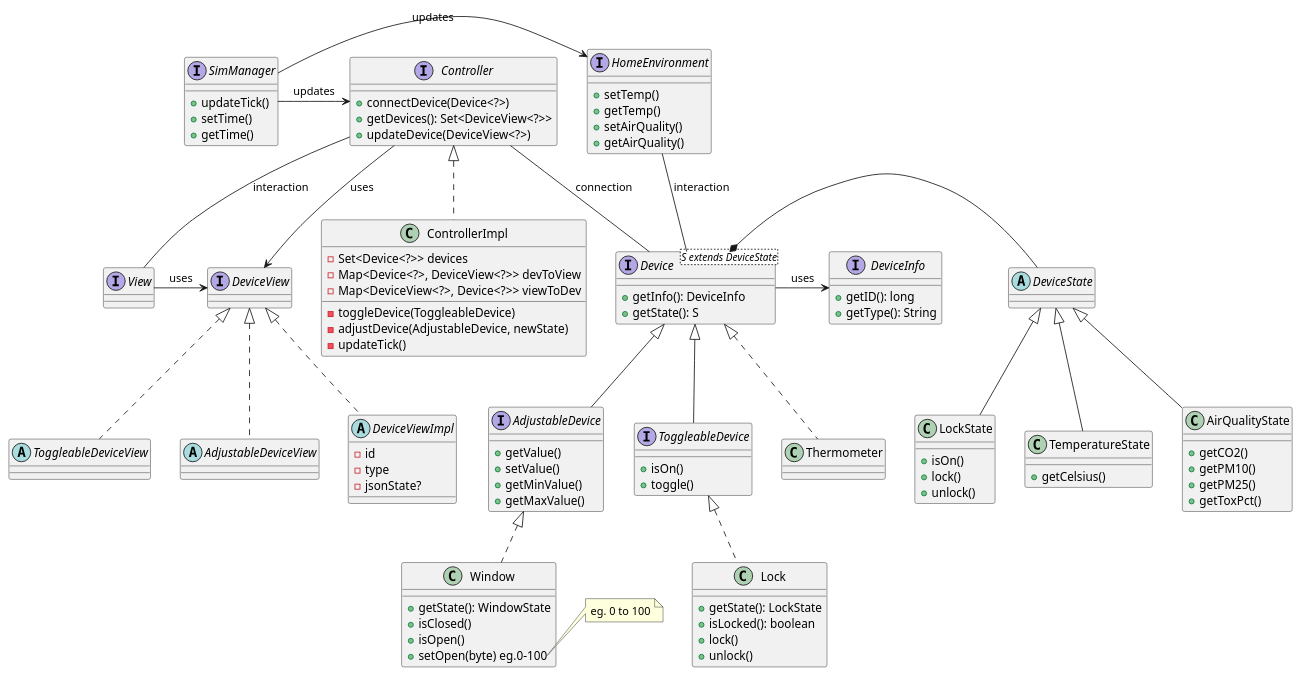
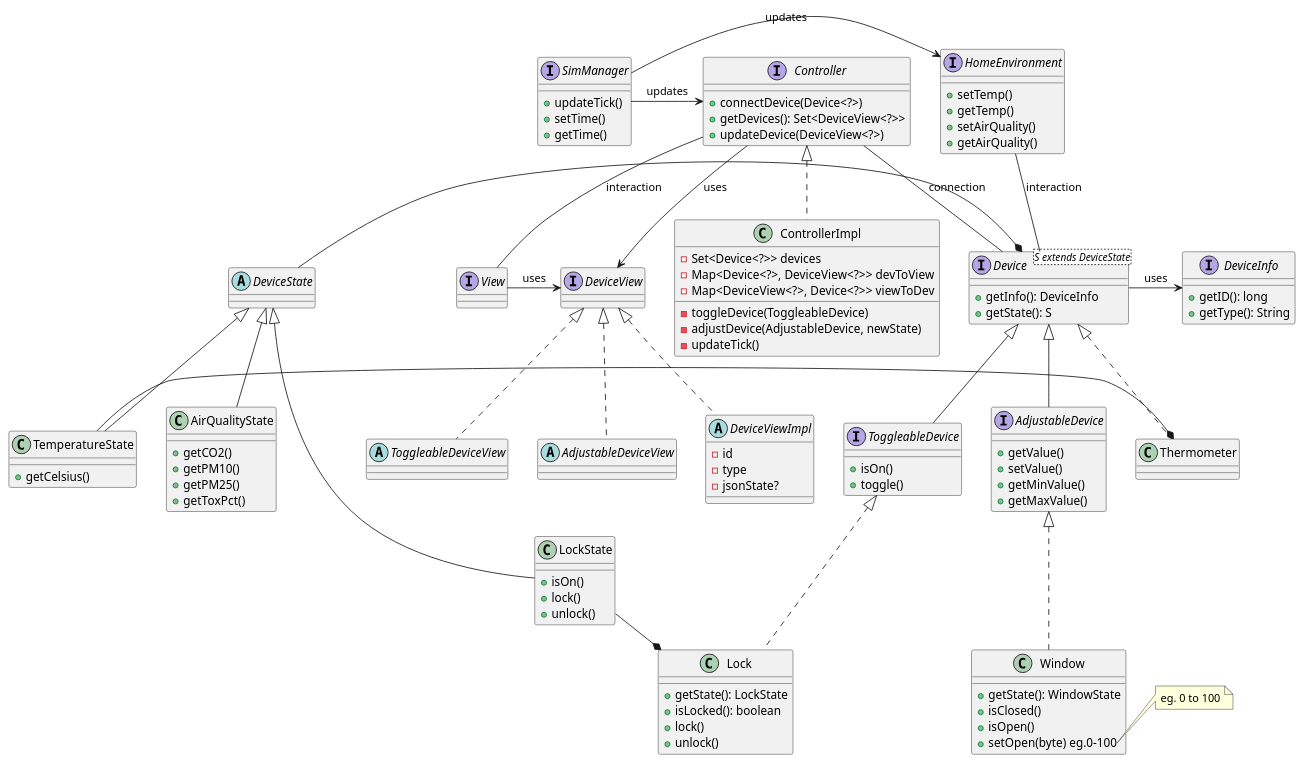
Before and after one commit to progetto-oop-22-23/OOP-report: the diagram in uml/wip2.plantuml, drawn with PlantUML.

Commit message:
[uml] add states composition link to devices

```diff
--- a/uml/wip2.plantuml
+++ b/uml/wip2.plantuml
@@ -1,128 +1,131 @@
 @startuml
 
 /' MODEL '/
 
 interface SimManager {
 	+ updateTick()
 	+ setTime()
 	+ getTime()
 }
 
 interface Controller {
 	+ connectDevice(Device<?>)
 	+ getDevices(): Set<DeviceView<?>>
 	+ updateDevice(DeviceView<?>)
 }
 
 class ControllerImpl implements Controller {
 	- Set<Device<?>> devices
 	- Map<Device<?>, DeviceView<?>> devToView
 	- Map<DeviceView<?>, Device<?>> viewToDev
 	- toggleDevice(ToggleableDevice)
 	- adjustDevice(AdjustableDevice, newState)
 	- updateTick()
 }
 
 interface Device<S extends DeviceState> {
 	+ getInfo(): DeviceInfo
 	+ getState(): S
 }
 
 interface ToggleableDevice implements Device {
 	+ isOn()
 	+ toggle()
 }
 
 interface AdjustableDevice implements Device {
 	+ getValue()
 	+ setValue()
 	+ getMinValue()
 	+ getMaxValue()
 }
 
 interface DeviceInfo {
 	+ getID(): long
 	+ getType(): String
 }
 
 abstract class DeviceState {}
 
 class LockState extends DeviceState {
 	+ isOn()
 	+ lock()
 	+ unlock()
 }
 
 class TemperatureState extends DeviceState {
 	+ getCelsius()
 }
 
 class AirQualityState extends DeviceState {
 	+ getCO2()
 	+ getPM10()
 	+ getPM25()
 	+ getToxPct()
 }
 
 class Lock implements ToggleableDevice {
 	+ getState(): LockState
 	+ isLocked(): boolean
 	+ lock()
 	+ unlock()
 }
 
 class Thermometer implements Device {}
 
 class Window implements AdjustableDevice {
 	+ getState(): WindowState
 	+ isClosed()
 	+ isOpen()
 	+ setOpen(byte) eg.0-100
 }
 note right of Window::setOpen
 eg. 0 to 100
 end note
 
 /' VIEW '/
 
 interface DeviceView {
 
 }
 
 abstract class ToggleableDeviceView implements DeviceView {}
 abstract class AdjustableDeviceView implements DeviceView {}
 
 abstract class DeviceViewImpl implements DeviceView {
 	- id
 	- type
 	- jsonState?
 }
 
 interface View {}
 
 /' LINKS '/
 
 SimManager -> Controller: updates
 SimManager -> HomeEnvironment: updates
 
 Controller -- Device: connection
 Device -> DeviceInfo: uses
 Controller -> DeviceView: uses
 Controller -- View: interaction
 View -> DeviceView: uses
 
 'LockState -* Device
 'TempState -* Device
 'AirQualityState -* Device
 DeviceState -* Device
 
+LockState -* Lock
+TemperatureState -* Thermometer
+
 interface HomeEnvironment {
 	+ setTemp()
 	+ getTemp()
 	+ setAirQuality()
 	+ getAirQuality()
 }
 
 HomeEnvironment -- Device: interaction
 
 @enduml
```
